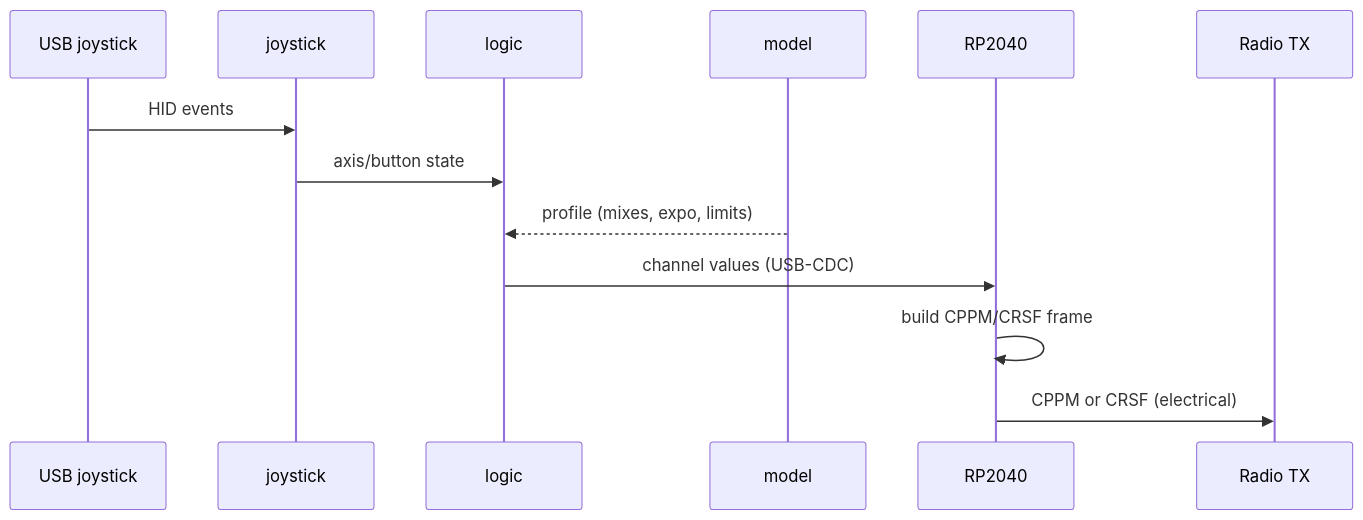
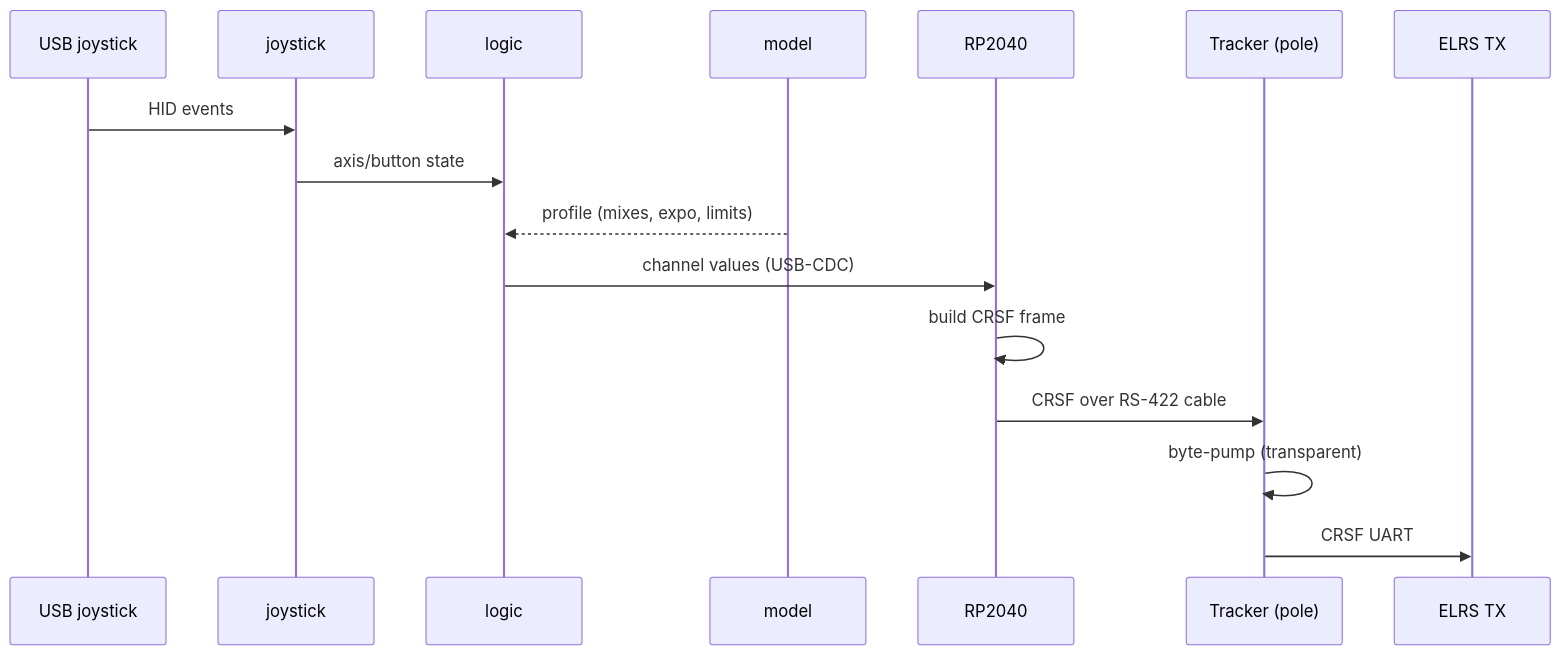
Before and after one commit to agoliveira/zerotx: the third of 3 diagrams in docs/ARCHITECTURE.md, drawn with Mermaid. The commit also changed other lines of this file and 4 other files, not shown here.

````diff
--- a/docs/ARCHITECTURE.md
+++ b/docs/ARCHITECTURE.md
@@ -137,16 +146,19 @@
 ```mermaid
 sequenceDiagram
     participant STK as USB joystick
     participant JS as joystick
     participant LOG as logic
     participant MDL as model
     participant RP as RP2040
-    participant RAD as Radio TX
+    participant TRK as Tracker (pole)
+    participant ELRS as ELRS TX
 
     STK->>JS: HID events
     JS->>LOG: axis/button state
     MDL-->>LOG: profile (mixes, expo, limits)
     LOG->>RP: channel values (USB-CDC)
-    RP->>RP: build CPPM/CRSF frame
-    RP->>RAD: CPPM or CRSF (electrical)
+    RP->>RP: build CRSF frame
+    RP->>TRK: CRSF over RS-422 cable
+    TRK->>TRK: byte-pump (transparent)
+    TRK->>ELRS: CRSF UART
 ```
````
